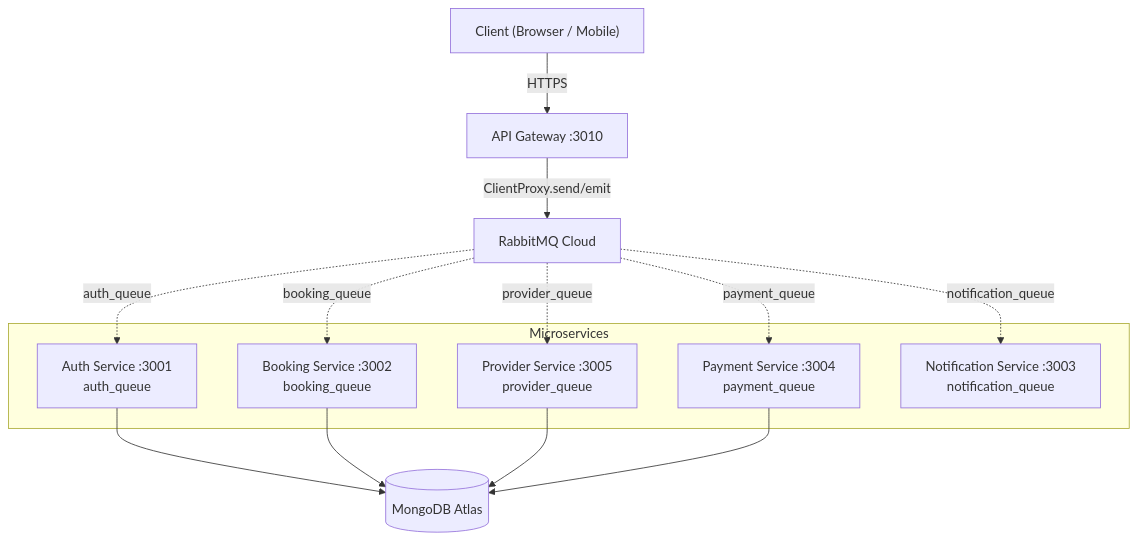
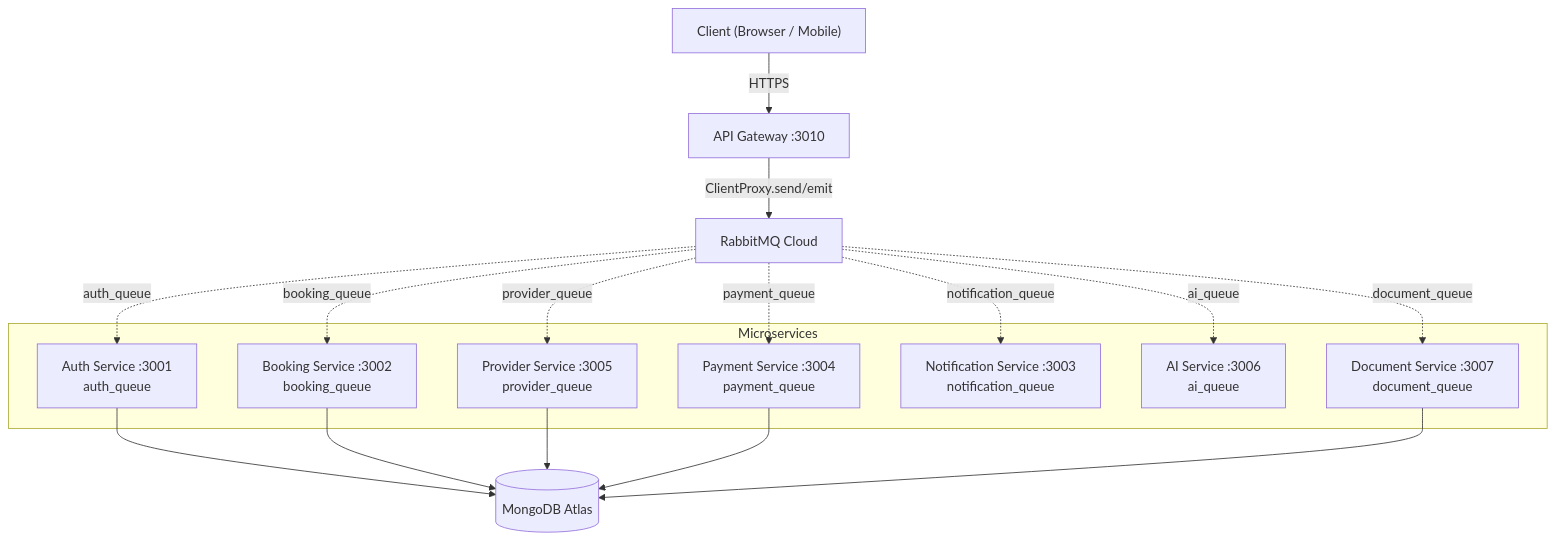
Before and after one commit to mahmoudnabil133/lowyer_managment_sys: the second of 11 diagrams in README.md, drawn with Mermaid. The commit also changed other lines of this file, not shown here.

First line of the commit message:
docs: update README with AI and Document services

````diff
--- a/README.md
+++ b/README.md
@@ -141,30 +146,35 @@
 ```mermaid
 flowchart TB
     Client["Client (Browser / Mobile)"]
     Gateway["API Gateway :3010"]
     RMQ["RabbitMQ Cloud"]
 
     subgraph Microservices
         Auth["Auth Service :3001<br/>auth_queue"]
         Booking["Booking Service :3002<br/>booking_queue"]
         Provider["Provider Service :3005<br/>provider_queue"]
         Payment["Payment Service :3004<br/>payment_queue"]
         Notify["Notification Service :3003<br/>notification_queue"]
+        AI["AI Service :3006<br/>ai_queue"]
+        Document["Document Service :3007<br/>document_queue"]
     end
 
     DB[("MongoDB Atlas")]
 
     Client -->|"HTTPS"| Gateway
     Gateway -->|"ClientProxy.send/emit"| RMQ
 
     RMQ -.->|"auth_queue"| Auth
     RMQ -.->|"booking_queue"| Booking
     RMQ -.->|"provider_queue"| Provider
     RMQ -.->|"payment_queue"| Payment
     RMQ -.->|"notification_queue"| Notify
+    RMQ -.->|"ai_queue"| AI
+    RMQ -.->|"document_queue"| Document
 
     Auth --> DB
     Booking --> DB
     Provider --> DB
     Payment --> DB
+    Document --> DB
 ```
````
